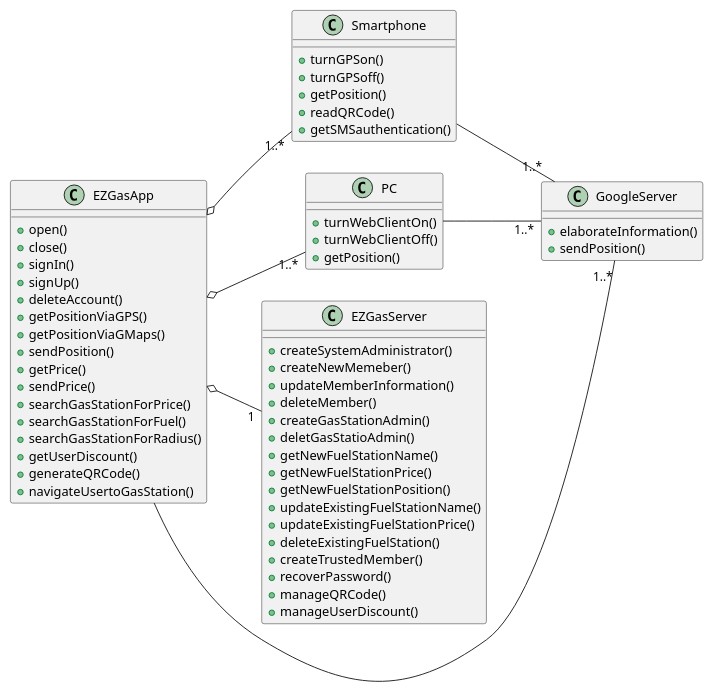
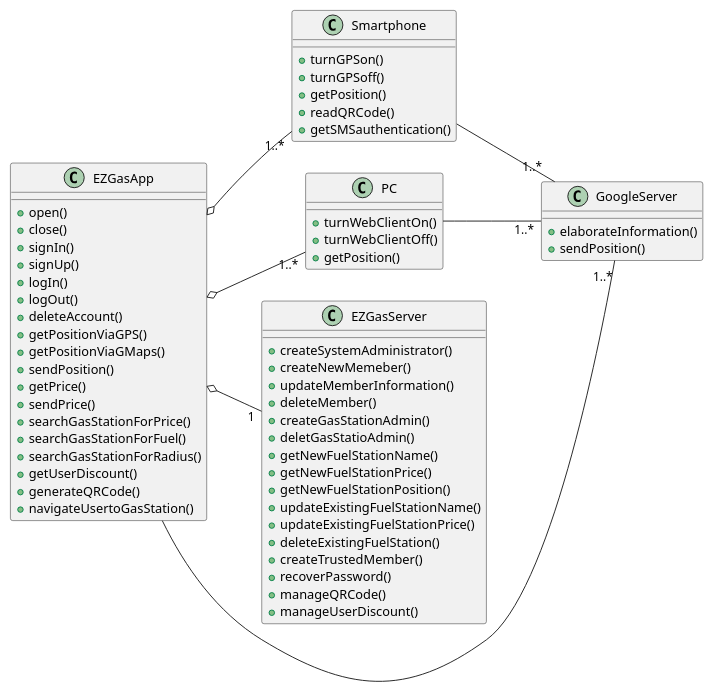
The first of 2 diagrams in docs/RequirementsDocument.md (LucaOddoneSE/EZGas), drawn with PlantUML before and after one commit.

Commit message:
fix:UML Class Diagram reviewed, inserted login and logout methods

```diff
--- a/docs/RequirementsDocument.md
+++ b/docs/RequirementsDocument.md
@@ -191,6 +191,8 @@
 +close()
 +signIn()
 +signUp()
++logIn()
++logOut()
 +deleteAccount()
 +getPositionViaGPS()
 +getPositionViaGMaps()
```
